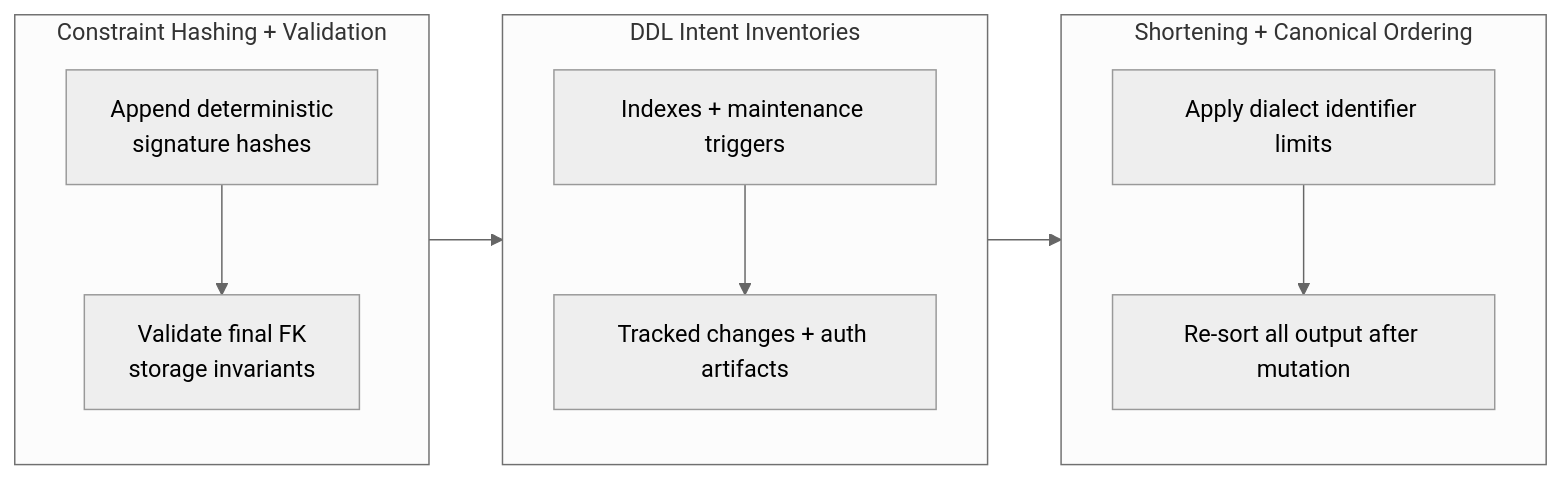
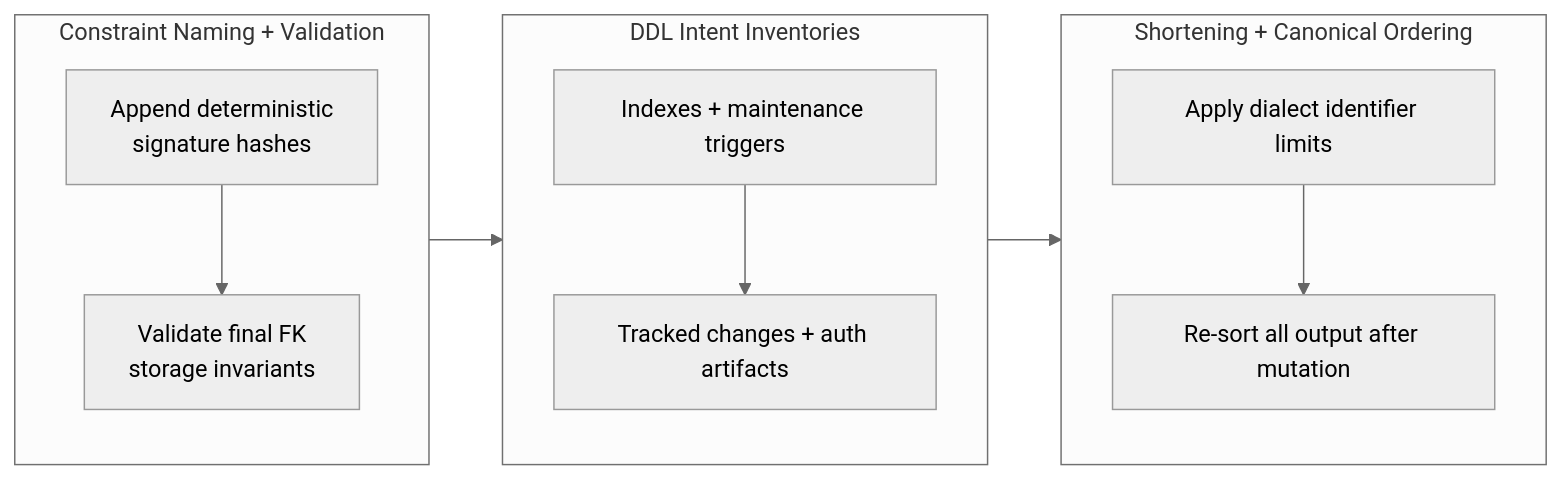
Diagram 15 of 16 in reference/design/backend-redesign/presentations/relational-model-presentation.md (Ed-Fi-Alliance-OSS/Data-Management-Service), drawn with Mermaid (neutral theme) before and after one commit. The commit also changed other lines of this file and 50 other files, not shown here.

````diff
--- a/reference/design/backend-redesign/presentations/relational-model-presentation.md
+++ b/reference/design/backend-redesign/presentations/relational-model-presentation.md
@@ -710,25 +812,25 @@
 ```mermaid
 flowchart LR
-    subgraph P10["Constraint Hashing + Validation"]
+    subgraph GDA["Constraint Naming + Validation"]
         direction TB
-        P10A["Append deterministic<br/>signature hashes"]
-        P10B["Validate final FK<br/>storage invariants"]
-        P10A --> P10B
+        GDA1["Append deterministic<br/>signature hashes"]
+        GDA2["Validate final FK<br/>storage invariants"]
+        GDA1 --> GDA2
     end
 
-    subgraph P11["DDL Intent Inventories"]
+    subgraph GDB["DDL Intent Inventories"]
         direction TB
-        P11A["Indexes + maintenance triggers"]
-        P11B["Tracked changes + auth artifacts"]
-        P11A --> P11B
+        GDB1["Indexes + maintenance triggers"]
+        GDB2["Tracked changes + auth artifacts"]
+        GDB1 --> GDB2
     end
 
-    subgraph P12["Shortening + Canonical Ordering"]
+    subgraph GDC["Shortening + Canonical Ordering"]
         direction TB
-        P12A["Apply dialect identifier limits"]
-        P12B["Re-sort all output after mutation"]
-        P12A --> P12B
+        GDC1["Apply dialect identifier limits"]
+        GDC2["Re-sort all output after mutation"]
+        GDC1 --> GDC2
     end
 
-    P10 --> P11 --> P12
+    GDA --> GDB --> GDC
 ```
````
